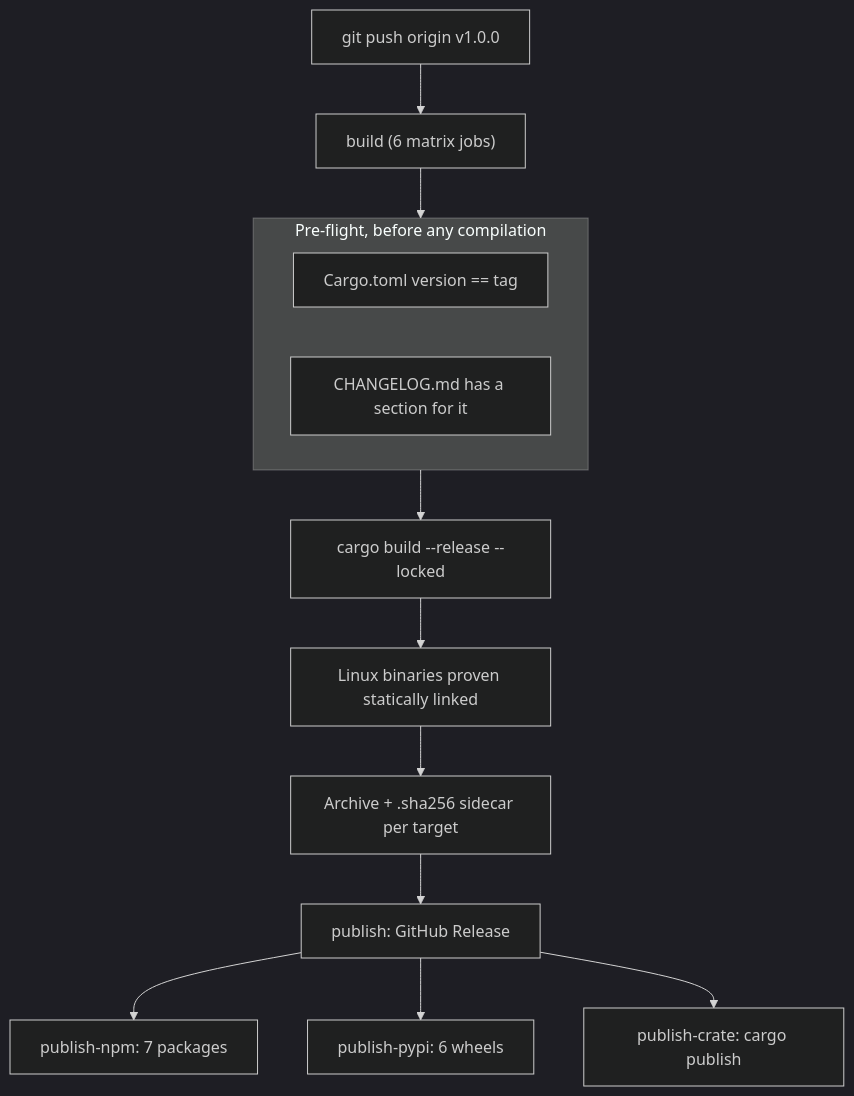
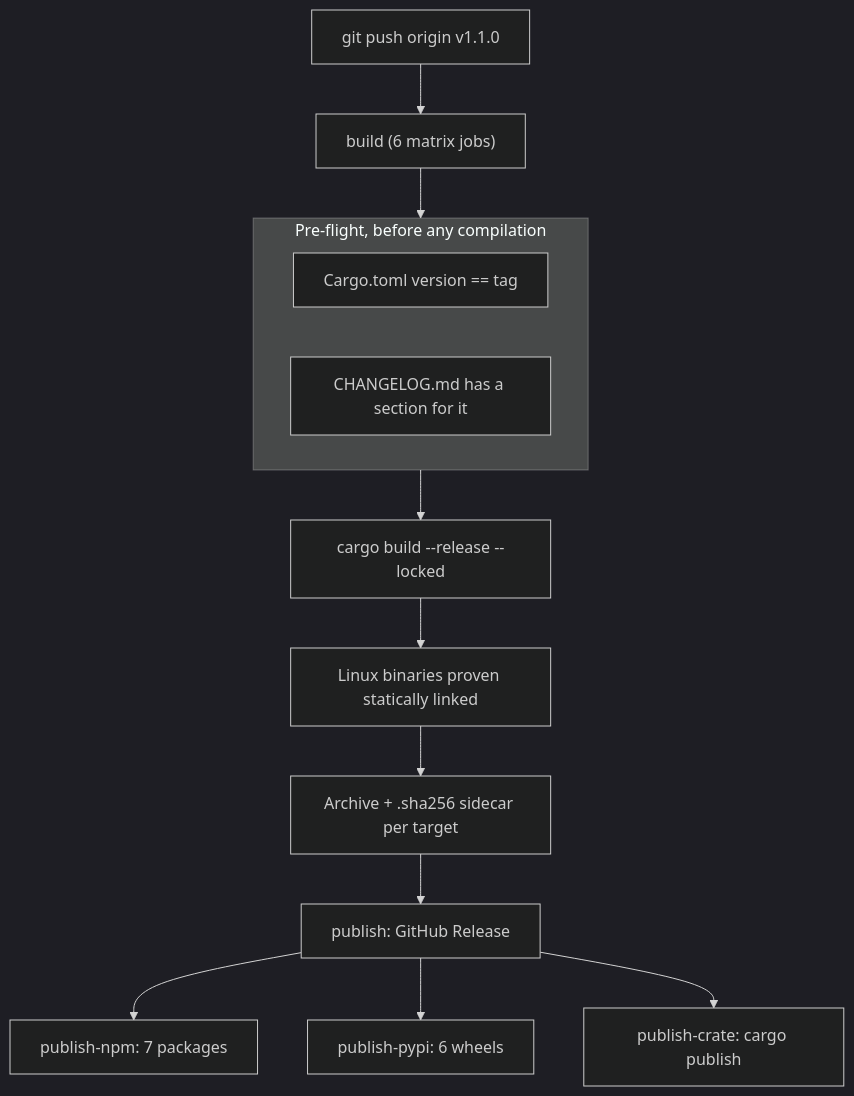
Before and after one commit to Life-Experimentalist/dev-prune: the diagram in docs/RELEASING.md, drawn with Mermaid (dark theme). The commit also changed other lines of this file and 36 other files, not shown here.

````diff
--- a/docs/RELEASING.md
+++ b/docs/RELEASING.md
@@ -350,19 +350,19 @@
 ```mermaid
 flowchart TD
-    tag["git push origin v1.0.0"] --> build["build (6 matrix jobs)"]
+    tag["git push origin v1.1.0"] --> build["build (6 matrix jobs)"]
 
     subgraph checks["Pre-flight, before any compilation"]
         v1["Cargo.toml version == tag"]
         v2["CHANGELOG.md has a section for it"]
     end
 
     build --> checks
     checks --> compile["cargo build --release --locked"]
     compile --> static["Linux binaries proven statically linked"]
     static --> pack["Archive + .sha256 sidecar per target"]
 
     pack --> publish["publish: GitHub Release"]
     publish --> npm["publish-npm: 7 packages"]
     publish --> pypi["publish-pypi: 6 wheels"]
     publish --> crate["publish-crate: cargo publish"]
 ```
````
